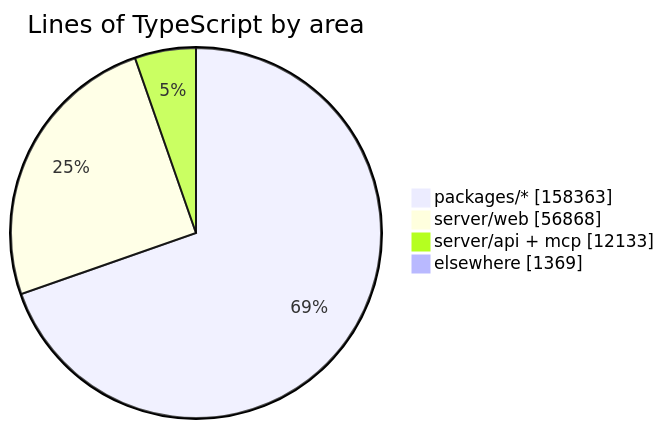
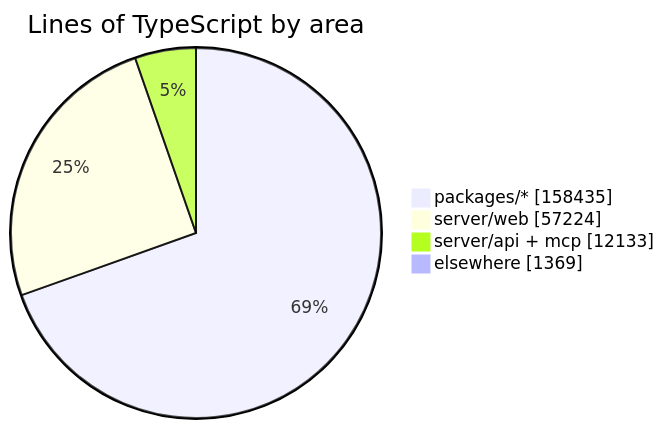
One commit to crossworks-engineering/mantle changed the diagram in README.md. Above: the diagram before and after it, drawn with Mermaid. The commit also changed other lines of this file and 2 other files, not shown here.

````diff
--- a/README.md
+++ b/README.md
@@ -279,7 +279,7 @@
 ```mermaid
 pie showData title Lines of TypeScript by area
-    "packages/*" : 158363
-    "server/web" : 56868
+    "packages/*" : 158435
+    "server/web" : 57224
     "server/api + mcp" : 12133
     "elsewhere" : 1369
 ```
````
